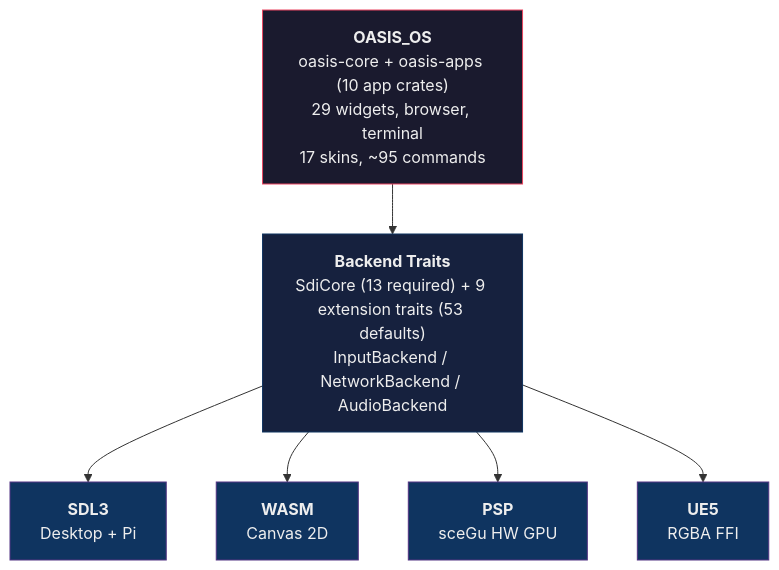
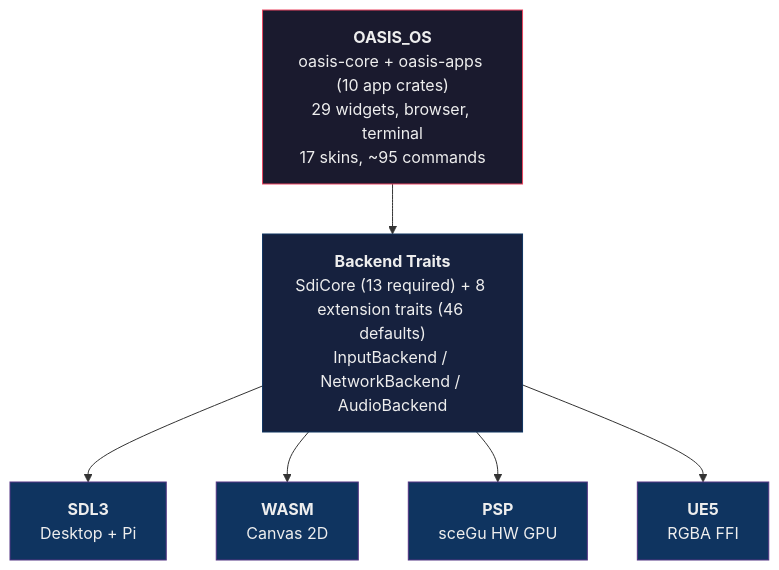
Before and after one commit to AndrewAltimit/oasis-os: the diagram in README.md, drawn with Mermaid. The commit also changed other lines of this file and 5 other files, not shown here.

````diff
--- a/README.md
+++ b/README.md
@@ -91,23 +91,23 @@
 ```mermaid
 graph TD
     APP["<b>OASIS_OS</b><br/>oasis-core + oasis-apps (10 app crates)<br/>29 widgets, browser, terminal<br/>17 skins, ~95 commands"]
-    TRAITS["<b>Backend Traits</b><br/>SdiCore (13 required) + 9 extension traits (53 defaults)<br/>InputBackend / NetworkBackend / AudioBackend"]
+    TRAITS["<b>Backend Traits</b><br/>SdiCore (13 required) + 8 extension traits (46 defaults)<br/>InputBackend / NetworkBackend / AudioBackend"]
 
     SDL["<b>SDL3</b><br/>Desktop + Pi"]
     WASM["<b>WASM</b><br/>Canvas 2D"]
     PSP["<b>PSP</b><br/>sceGu HW GPU"]
     UE5["<b>UE5</b><br/>RGBA FFI"]
 
     APP --> TRAITS
     TRAITS --> SDL
     TRAITS --> WASM
     TRAITS --> PSP
     TRAITS --> UE5
 
     style APP fill:#1a1a2e,stroke:#e94560,color:#eee
     style TRAITS fill:#16213e,stroke:#0f3460,color:#eee
     style SDL fill:#0f3460,stroke:#533483,color:#eee
     style WASM fill:#0f3460,stroke:#533483,color:#eee
     style PSP fill:#0f3460,stroke:#533483,color:#eee
     style UE5 fill:#0f3460,stroke:#533483,color:#eee
 ```
````
